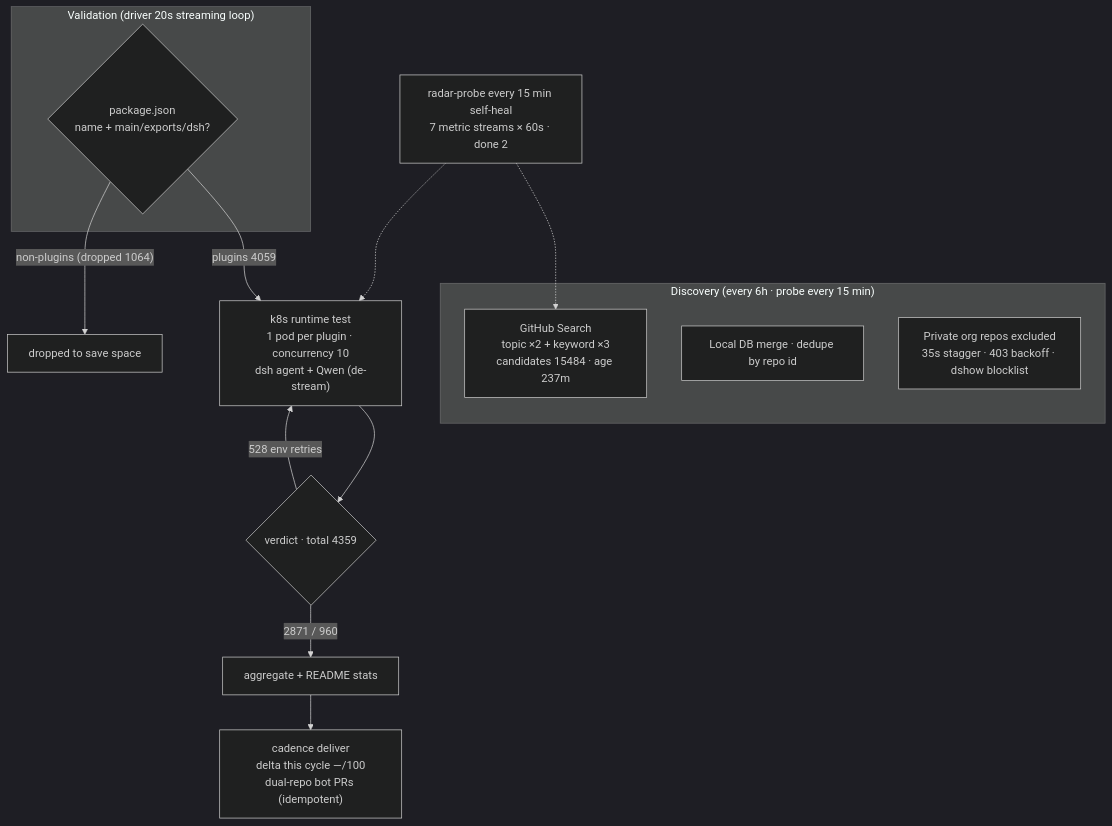
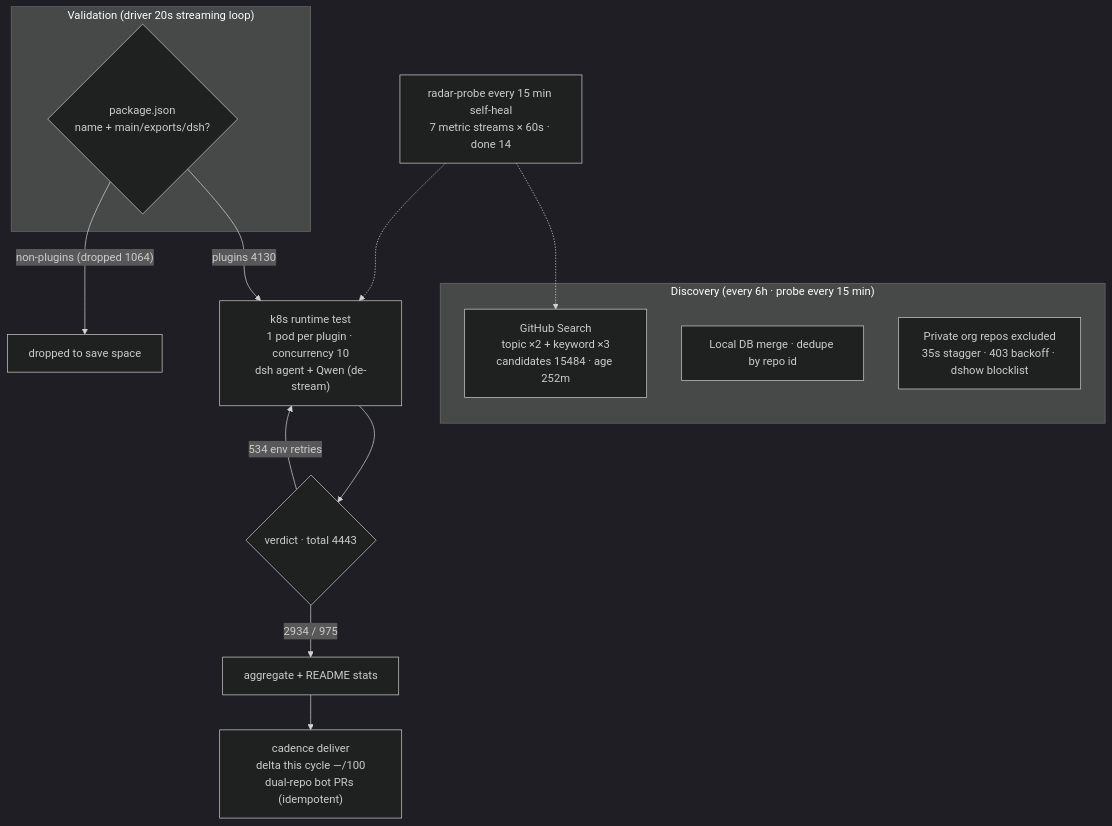
Before and after one commit to AdamPlatin123/awesome-dsh-plugins: the diagram in README.en-US.md, drawn with Mermaid (dark theme). The commit also changed other lines of this file and 5 other files, not shown here.

````diff
--- a/README.en-US.md
+++ b/README.en-US.md
@@ -30,20 +30,20 @@
 ```mermaid
 flowchart TB
     subgraph Discovery["Discovery (every 6h · probe every 15 min)"]
-        A1["GitHub Search<br/>topic ×2 + keyword ×3<br/>candidates 15484 · age 237m"]
+        A1["GitHub Search<br/>topic ×2 + keyword ×3<br/>candidates 15484 · age 252m"]
         A2["Local DB merge · dedupe by repo id"]
         A3["Private org repos excluded<br/>35s stagger · 403 backoff · dshow blocklist"]
     end
     subgraph Validation["Validation (driver 20s streaming loop)"]
         B1{"package.json<br/>name + main/exports/dsh?"}
     end
-    B1 -->|"plugins 4059"| C1["k8s runtime test<br/>1 pod per plugin · concurrency 10<br/>dsh agent + Qwen (de-stream)"]
+    B1 -->|"plugins 4130"| C1["k8s runtime test<br/>1 pod per plugin · concurrency 10<br/>dsh agent + Qwen (de-stream)"]
     B1 -->|"non-plugins (dropped 1064)"| B3["dropped to save space"]
-    C1 --> D1{"verdict · total 4359"}
-    D1 -->|"2871 / 960"| E1["aggregate + README stats"]
-    D1 -->|"528 env retries"| C1
+    C1 --> D1{"verdict · total 4443"}
+    D1 -->|"2934 / 975"| E1["aggregate + README stats"]
+    D1 -->|"534 env retries"| C1
     E1 --> E2["cadence deliver<br/>delta this cycle —/100<br/>dual-repo bot PRs (idempotent)"]
-    M["radar-probe every 15 min self-heal<br/>7 metric streams × 60s · done 2"]
+    M["radar-probe every 15 min self-heal<br/>7 metric streams × 60s · done 14"]
     M -.-> A1
     M -.-> C1
 ```
````
